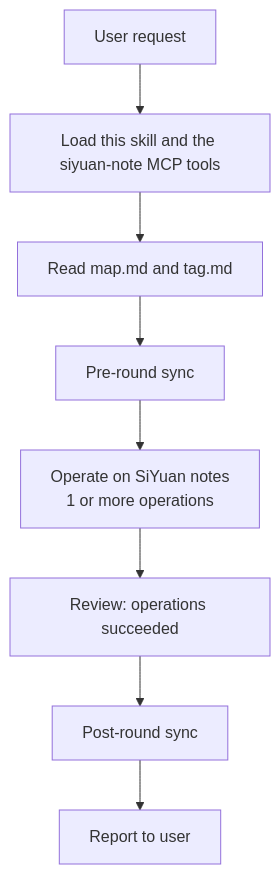
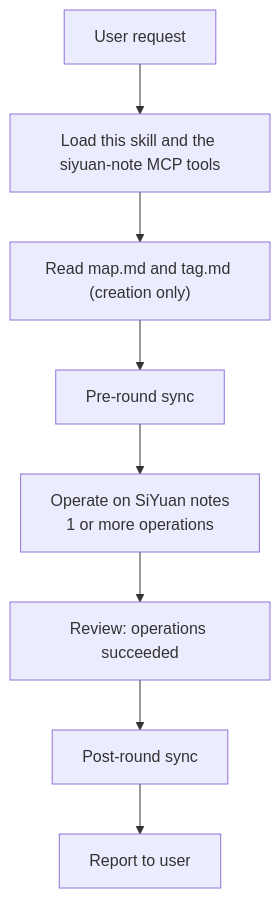
The diagram in personal-siyuan-standards/SKILL.md (wmy2981/skills), drawn with Mermaid before and after one commit. The commit also changed other lines of this file, not shown here.

First line of the commit message:
refactor(personal-siyuan-standards): locate existing notes by search, map.md for creation only

````diff
--- a/personal-siyuan-standards/SKILL.md
+++ b/personal-siyuan-standards/SKILL.md
@@ -112,10 +113,10 @@
 ```mermaid
 graph TD
     A[User request] --> B[Load this skill and the siyuan-note MCP tools]
-    B --> C[Read map.md and tag.md]
+    B --> C["Read map.md and tag.md (creation only)"]
     C --> D[Pre-round sync]
     D --> E[Operate on SiYuan notes<br/>1 or more operations]
     E --> F[Review: operations succeeded]
     F --> G[Post-round sync]
     G --> H[Report to user]
 ```
````
